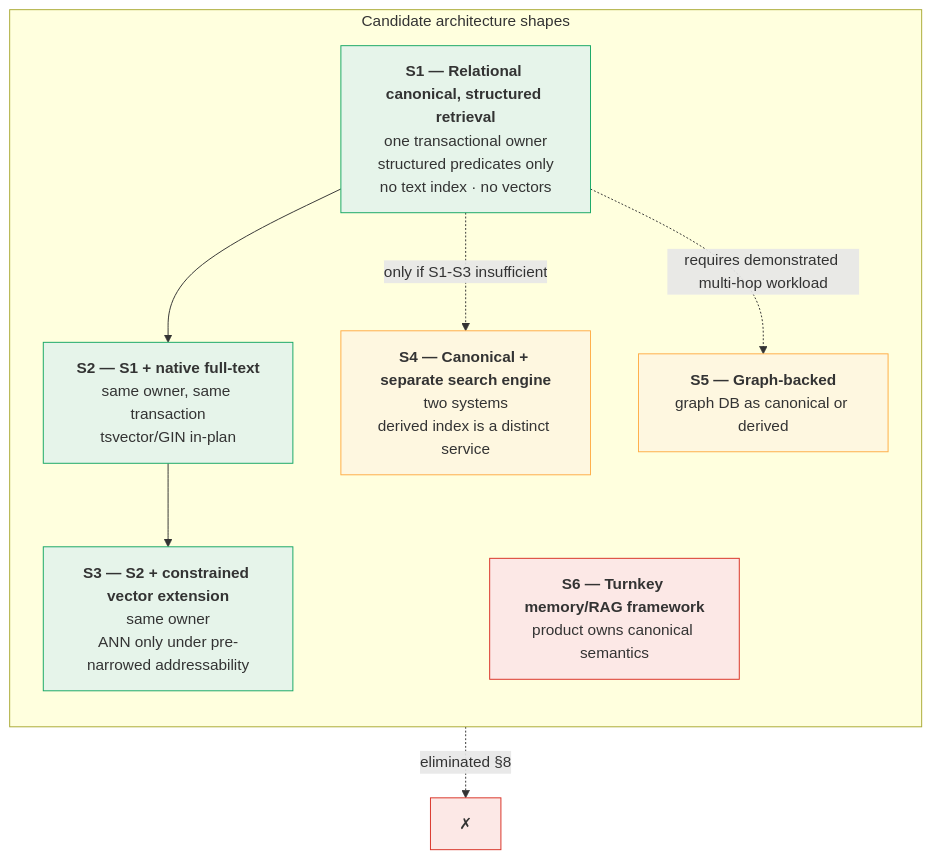
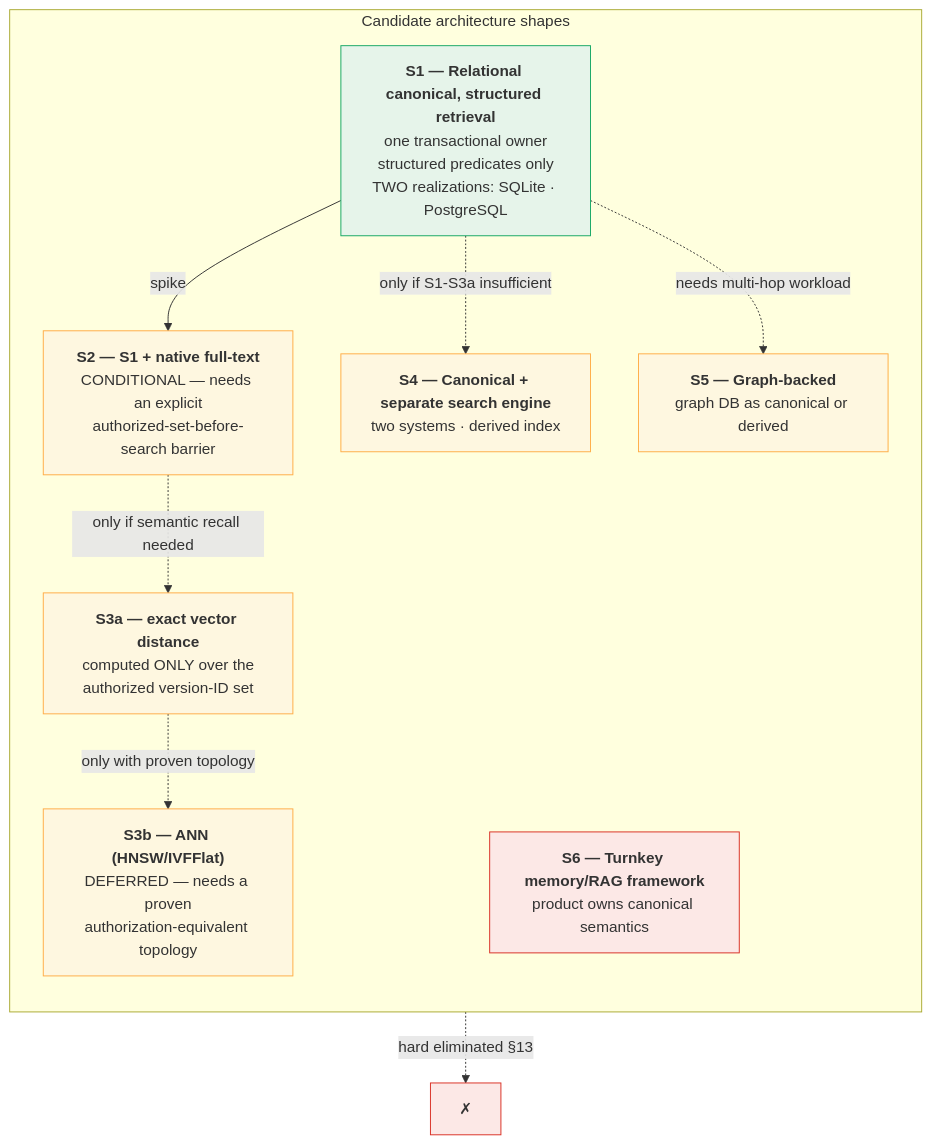
One commit to EKvargas/episteck_home changed the first of 3 diagrams in docs/architecture/proposals/KNOWLEDGE_TECHNOLOGY_GATE_PHASE1.md. Above: the diagram before and after it, drawn with Mermaid. The commit also changed other lines of this file and 2 other files, not shown here.

````diff
--- a/docs/architecture/proposals/KNOWLEDGE_TECHNOLOGY_GATE_PHASE1.md
+++ b/docs/architecture/proposals/KNOWLEDGE_TECHNOLOGY_GATE_PHASE1.md
@@ -215,22 +223,26 @@
 ```mermaid
 flowchart TB
   subgraph SHAPES["Candidate architecture shapes"]
     direction TB
-    S1["<b>S1 — Relational canonical, structured retrieval</b><br/>one transactional owner<br/>structured predicates only<br/>no text index · no vectors"]
-    S2["<b>S2 — S1 + native full-text</b><br/>same owner, same transaction<br/>tsvector/GIN in-plan"]
-    S3["<b>S3 — S2 + constrained vector extension</b><br/>same owner<br/>ANN only under pre-narrowed addressability"]
-    S4["<b>S4 — Canonical + separate search engine</b><br/>two systems<br/>derived index is a distinct service"]
+    S1["<b>S1 — Relational canonical, structured retrieval</b><br/>one transactional owner<br/>structured predicates only<br/>TWO realizations: SQLite · PostgreSQL"]
+    S2["<b>S2 — S1 + native full-text</b><br/>CONDITIONAL — needs an explicit<br/>authorized-set-before-search barrier"]
+    S3a["<b>S3a — exact vector distance</b><br/>computed ONLY over the<br/>authorized version-ID set"]
+    S3b["<b>S3b — ANN (HNSW/IVFFlat)</b><br/>DEFERRED — needs a proven<br/>authorization-equivalent topology"]
+    S4["<b>S4 — Canonical + separate search engine</b><br/>two systems · derived index"]
     S5["<b>S5 — Graph-backed</b><br/>graph DB as canonical or derived"]
     S6["<b>S6 — Turnkey memory/RAG framework</b><br/>product owns canonical semantics"]
   end
-  S1 --> S2 --> S3
-  S1 -.->|"only if S1-S3 insufficient"| S4
-  S1 -.->|"requires demonstrated multi-hop workload"| S5
-  S6 -.->|"eliminated §8"| X["✗"]
+  S1 -->|"spike"| S2
+  S2 -.->|"only if semantic recall needed"| S3a
+  S3a -.->|"only with proven topology"| S3b
+  S1 -.->|"only if S1-S3a insufficient"| S4
+  S1 -.->|"needs multi-hop workload"| S5
+  S6 -.->|"hard eliminated §13"| X["✗"]
   classDef short fill:#e6f4ea,stroke:#16a765;
-  classDef maybe fill:#fef7e0,stroke:#ffad47;
+  classDef cond fill:#fef7e0,stroke:#ffad47;
   classDef out fill:#fce8e6,stroke:#d93025;
-  class S1,S2,S3 short;
-  class S4,S5 maybe;
+  class S1 short;
+  class S2,S3a cond;
+  class S3b,S4,S5 cond;
   class S6,X out;
 ```
````
